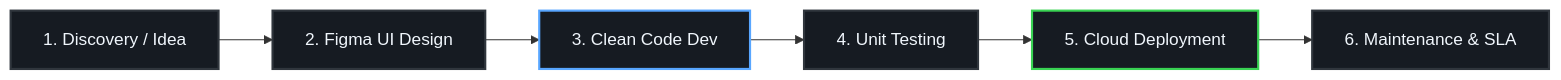
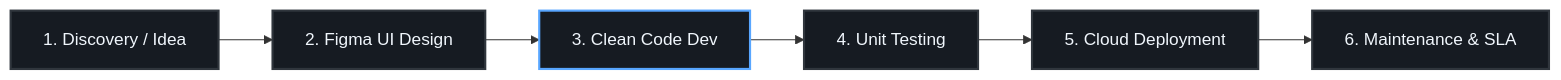
Before and after one commit to BuiltByAmos-1801/BuiltByAmos-1801: the diagram in README.md, drawn with Mermaid. The commit also changed other lines of this file, not shown here.

````diff
--- a/README.md
+++ b/README.md
@@ -393,14 +428,14 @@
 ```mermaid
 graph LR
   A["1. Discovery / Idea"] --> B["2. Figma UI Design"]
   B --> C["3. Clean Code Dev"]
   C --> D["4. Unit Testing"]
   D --> E["5. Cloud Deployment"]
   E --> F["6. Maintenance & SLA"]
   style A fill:#161b22,stroke:#30363d,stroke-width:2px,color:#f0f6fc
   style B fill:#161b22,stroke:#30363d,stroke-width:2px,color:#f0f6fc
   style C fill:#161b22,stroke:#58a6ff,stroke-width:2px,color:#f0f6fc
   style D fill:#161b22,stroke:#30363d,stroke-width:2px,color:#f0f6fc
-  style E fill:#161b22,stroke:#39d353,stroke-width:2px,color:#f0f6fc
+  style E fill:#161b22,stroke:#30363d,stroke-width:2px,color:#f0f6fc
   style F fill:#161b22,stroke:#30363d,stroke-width:2px,color:#f0f6fc
 ```
````
